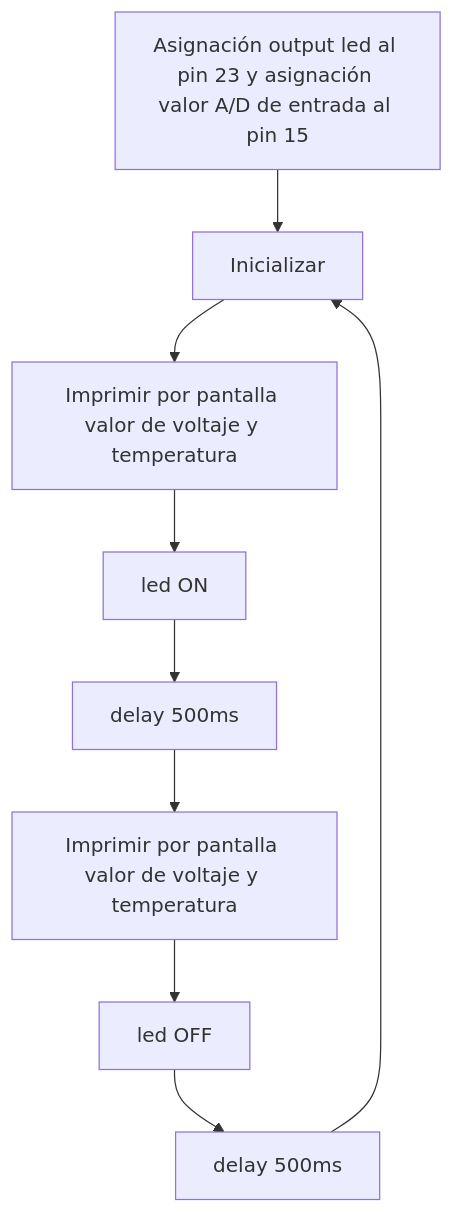
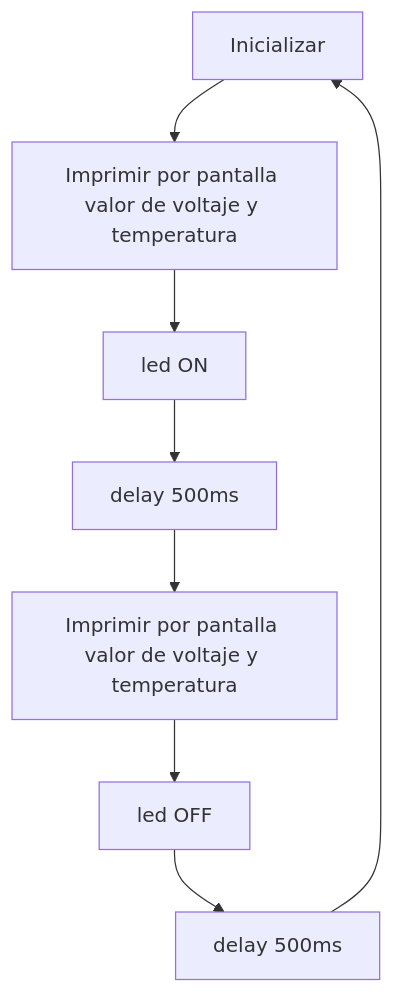
One commit to ona03/PD_P1 changed the diagram in informe.md. Above: the diagram before and after it, drawn with Mermaid. The commit also changed other lines of this file, not shown here.

Commit message:
actualitzar informe9

````diff
--- a/informe.md
+++ b/informe.md
@@ -42,13 +42,12 @@
 ```mermaid
 
 flowchart TD;
-    A[Asignación output led al pin 23 y asignación valor A/D de entrada al pin 15] -->B[Inicializar];    
-    B-->G[Imprimir por pantalla valor de voltaje y temperatura];
+    B[Inicializar]-->G[Imprimir por pantalla valor de voltaje y temperatura];
     G-->C[led ON];
     C-->D[delay 500ms];
     D-->H[Imprimir por pantalla valor de voltaje y temperatura];
     H-->E[led OFF];
     E-->F[delay 500ms];
     F-->B;
 
 ```
````
